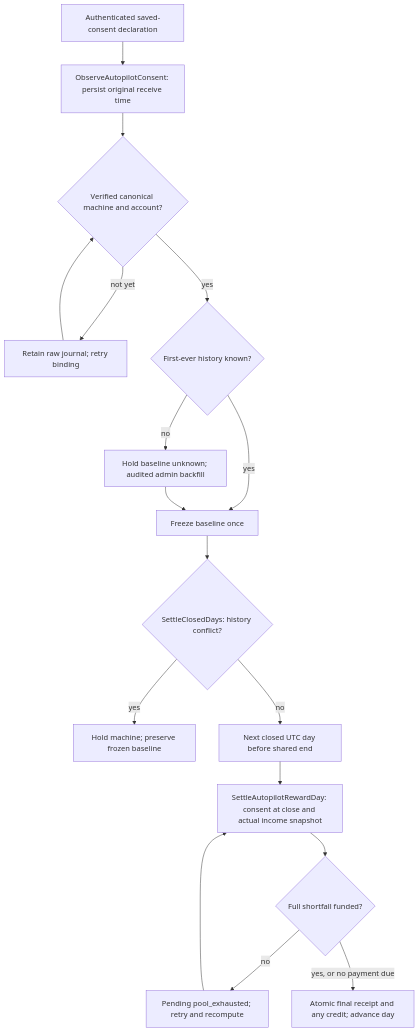
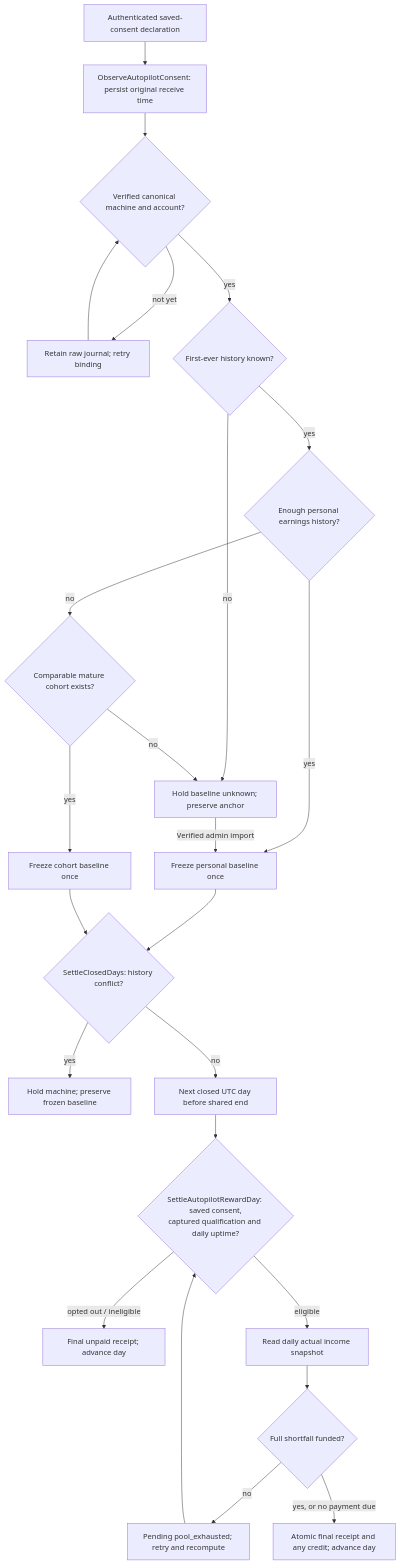
Before and after one commit to Layr-Labs/d-inference: the second of 2 diagrams in docs/architecture/billing.md, drawn with Mermaid. The commit also changed other lines of this file and 64 other files, not shown here.

Commit message:
Complete Autopilot cohort baselines and daily eligibility

````diff
--- a/docs/architecture/billing.md
+++ b/docs/architecture/billing.md
@@ -430,19 +430,26 @@
 ```mermaid
 flowchart TD
   A["Authenticated saved-consent declaration"] --> B["ObserveAutopilotConsent: persist original receive time"]
   B --> C{"Verified canonical machine and account?"}
   C -->|"not yet"| D["Retain raw journal; retry binding"]
   D --> C
   C -->|"yes"| E{"First-ever history known?"}
-  E -->|"no"| F["Hold baseline unknown; audited admin backfill"]
-  E -->|"yes"| G["Freeze baseline once"]
-  F --> G
+  E -->|"no"| F["Hold baseline unknown; preserve anchor"]
+  E -->|"yes"| Q{"Enough personal earnings history?"}
+  Q -->|"yes"| G["Freeze personal baseline once"]
+  Q -->|"no"| R{"Comparable mature cohort exists?"}
+  R -->|"yes"| G2["Freeze cohort baseline once"]
+  R -->|"no"| F
+  F -->|"Verified admin import"| G
   G --> M{"SettleClosedDays: history conflict?"}
+  G2 --> M
   M -->|"yes"| N["Hold machine; preserve frozen baseline"]
   M -->|"no"| H["Next closed UTC day before shared end"]
-  H --> I["SettleAutopilotRewardDay: consent at close and actual income snapshot"]
-  I --> J{"Full shortfall funded?"}
+  H --> I{"SettleAutopilotRewardDay: saved consent,<br/>captured qualification and daily uptime?"}
+  I -->|"opted out / ineligible"| L0["Final unpaid receipt; advance day"]
+  I -->|"eligible"| I2["Read daily actual income snapshot"]
+  I2 --> J{"Full shortfall funded?"}
   J -->|"no"| K["Pending pool_exhausted; retry and recompute"]
   K --> I
   J -->|"yes, or no payment due"| L["Atomic final receipt and any credit; advance day"]
 ```
````
